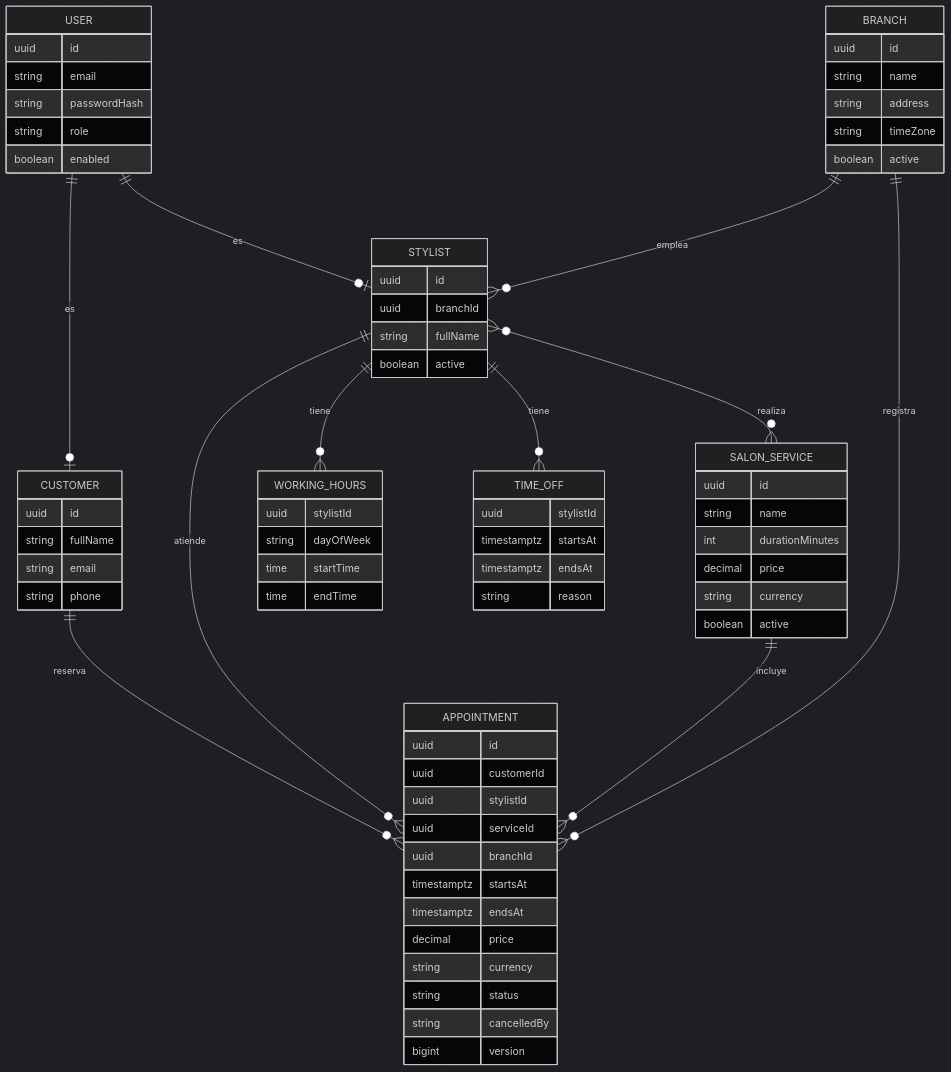
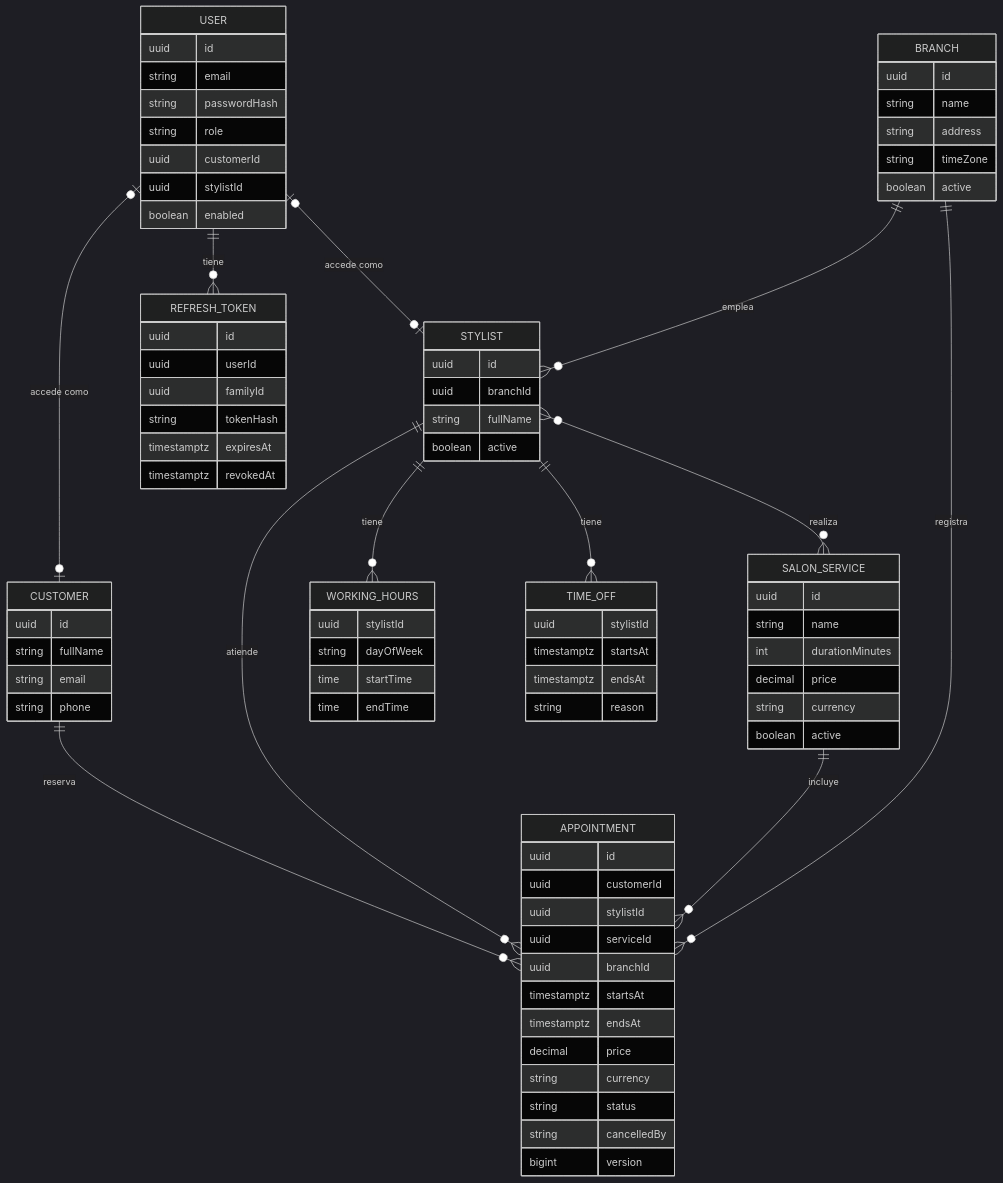
The first of 2 diagrams in docs/architecture/domain-model.md (kevinjdk/ozin), drawn with Mermaid (dark theme) before and after one commit. The commit also changed other lines of this file and 5 other files, not shown here.

````diff
--- a/docs/architecture/domain-model.md
+++ b/docs/architecture/domain-model.md
@@ -19,22 +19,24 @@
 ```mermaid
 erDiagram
-    USER ||--o| CUSTOMER : "es"
-    USER ||--o| STYLIST : "es"
+    USER |o--o| CUSTOMER : "accede como"
+    USER |o--o| STYLIST : "accede como"
+    USER ||--o{ REFRESH_TOKEN : "tiene"
     BRANCH ||--o{ STYLIST : "emplea"
     STYLIST }o--o{ SALON_SERVICE : "realiza"
     STYLIST ||--o{ WORKING_HOURS : "tiene"
     STYLIST ||--o{ TIME_OFF : "tiene"
     CUSTOMER ||--o{ APPOINTMENT : "reserva"
     STYLIST ||--o{ APPOINTMENT : "atiende"
     SALON_SERVICE ||--o{ APPOINTMENT : "incluye"
     BRANCH ||--o{ APPOINTMENT : "registra"
 
-    USER { uuid id string email string passwordHash string role boolean enabled }
+    USER { uuid id string email string passwordHash string role uuid customerId uuid stylistId boolean enabled }
+    REFRESH_TOKEN { uuid id uuid userId uuid familyId string tokenHash timestamptz expiresAt timestamptz revokedAt }
     BRANCH { uuid id string name string address string timeZone boolean active }
     CUSTOMER { uuid id string fullName string email string phone }
     STYLIST { uuid id uuid branchId string fullName boolean active }
     SALON_SERVICE { uuid id string name int durationMinutes decimal price string currency boolean active }
     WORKING_HOURS { uuid stylistId string dayOfWeek time startTime time endTime }
     TIME_OFF { uuid stylistId timestamptz startsAt timestamptz endsAt string reason }
     APPOINTMENT { uuid id uuid customerId uuid stylistId uuid serviceId uuid branchId timestamptz startsAt timestamptz endsAt decimal price string currency string status string cancelledBy bigint version }
 ```
````
